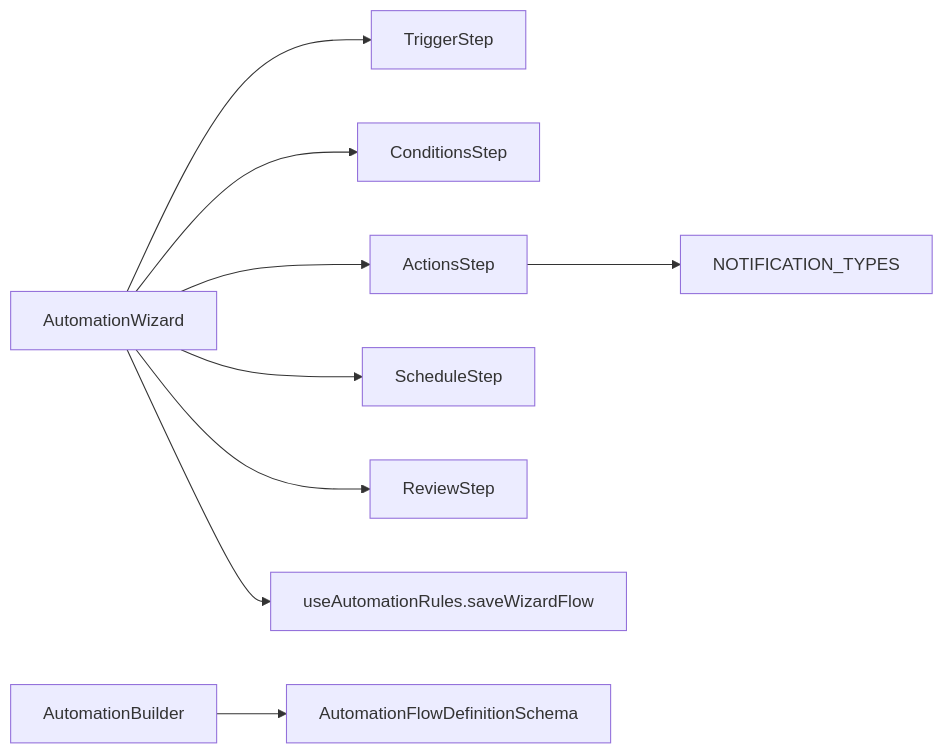
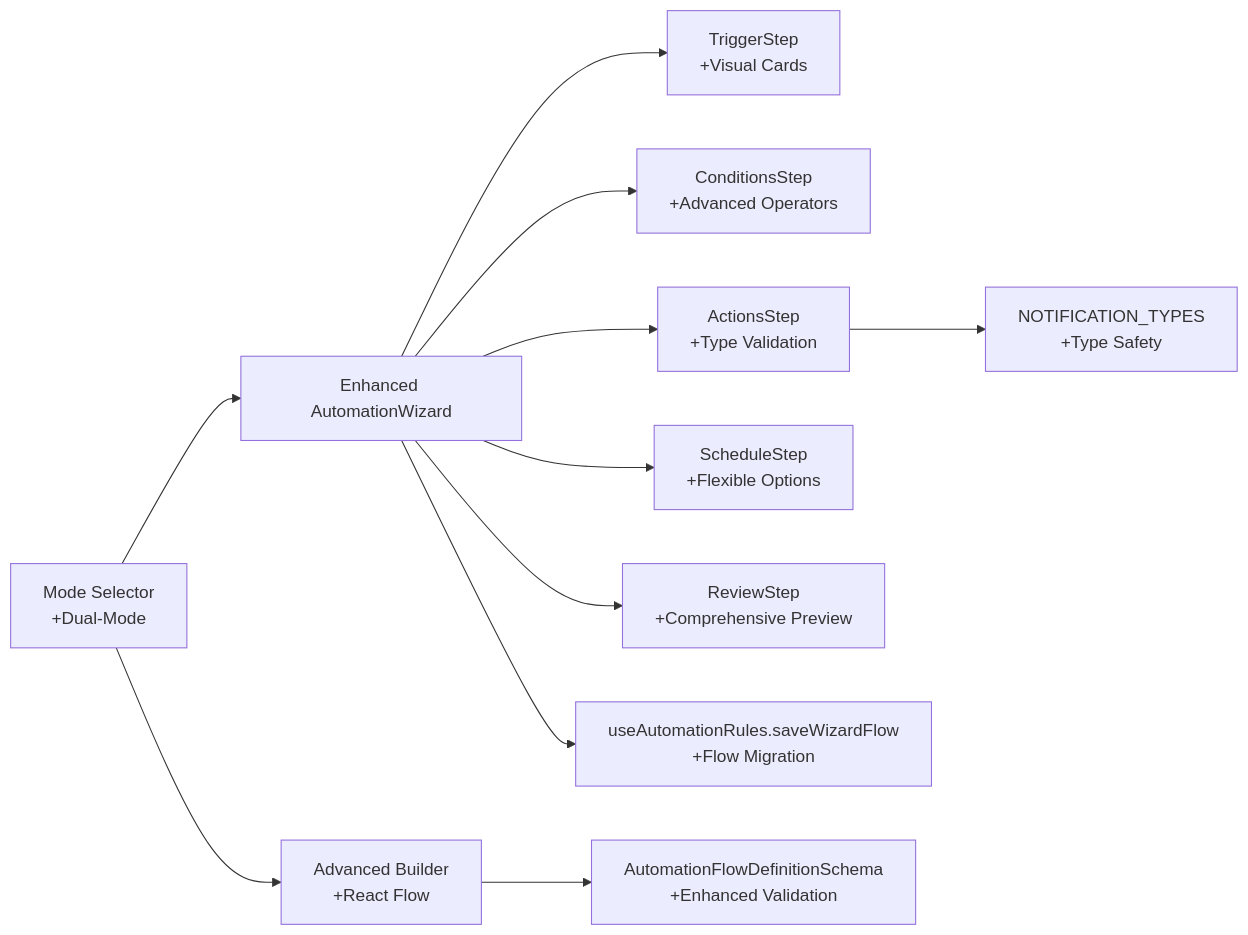
The tenth of 10 diagrams in .qoder/repowiki/en/content/Automation System/Automation Flow Builder.md (gastaldellomarco/pcReady), drawn with Mermaid before and after one commit. The commit also changed other lines of this file and 19 other files, not shown here.

First line of the commit message:
feat(automation): enhance Automation Flow Builder with dual-mode design and advanced UI

````diff
--- a/.qoder/repowiki/en/content/Automation System/Automation Flow Builder.md
+++ b/.qoder/repowiki/en/content/Automation System/Automation Flow Builder.md
@@ -337,11 +468,13 @@
 ```mermaid
 graph LR
-AWZ["AutomationWizard"] --> TS["TriggerStep"]
-AWZ --> CS["ConditionsStep"]
-AWZ --> AS["ActionsStep"]
-AWZ --> SS["ScheduleStep"]
-AWZ --> RS["ReviewStep"]
-AWZ --> HAR["useAutomationRules.saveWizardFlow"]
-AS --> NOTIF["NOTIFICATION_TYPES"]
-AB["AutomationBuilder"] --> TYPES["AutomationFlowDefinitionSchema"]
+AWZ["Enhanced AutomationWizard"] --> TS["TriggerStep<br/>+Visual Cards"]
+AWZ --> CS["ConditionsStep<br/>+Advanced Operators"]
+AWZ --> AS["ActionsStep<br/>+Type Validation"]
+AWZ --> SS["ScheduleStep<br/>+Flexible Options"]
+AWZ --> RS["ReviewStep<br/>+Comprehensive Preview"]
+AWZ --> HAR["useAutomationRules.saveWizardFlow<br/>+Flow Migration"]
+AS --> NOTIF["NOTIFICATION_TYPES<br/>+Type Safety"]
+AB["Advanced Builder<br/>+React Flow"] --> TYPES["AutomationFlowDefinitionSchema<br/>+Enhanced Validation"]
+MODE["Mode Selector<br/>+Dual-Mode"] --> AWZ
+MODE --> AB
 ```
````
